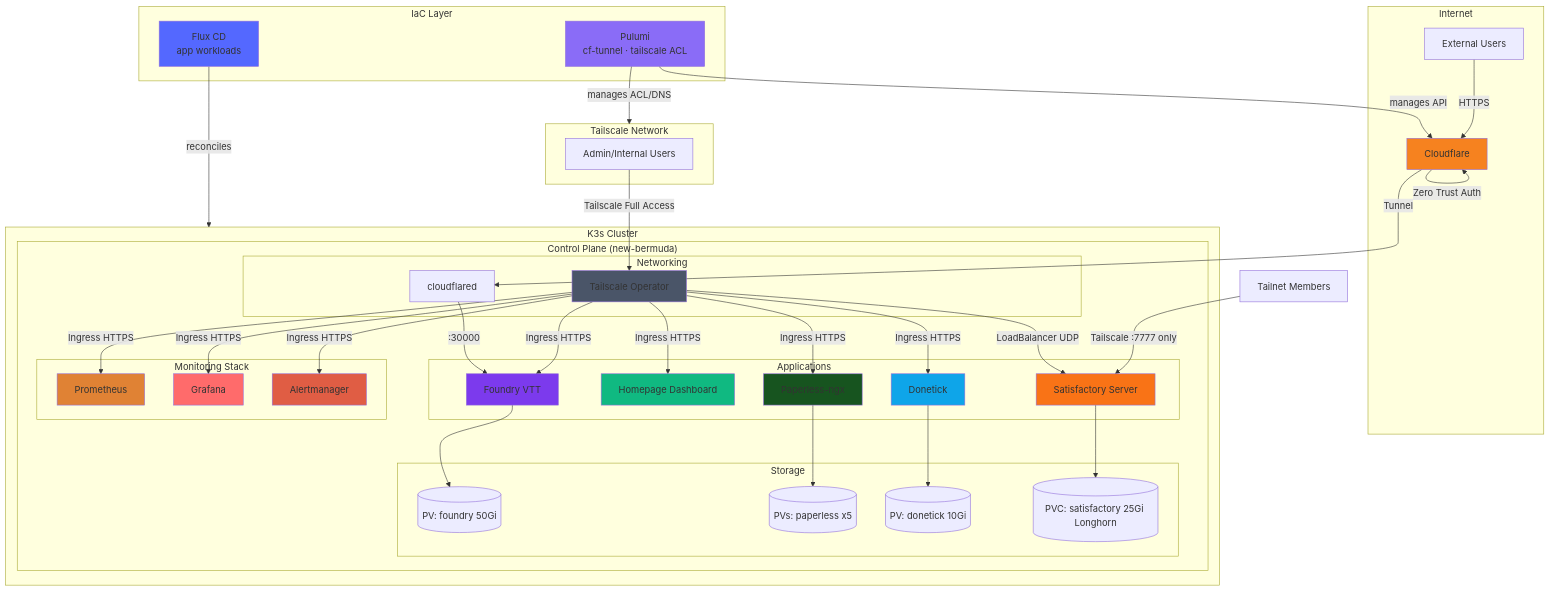
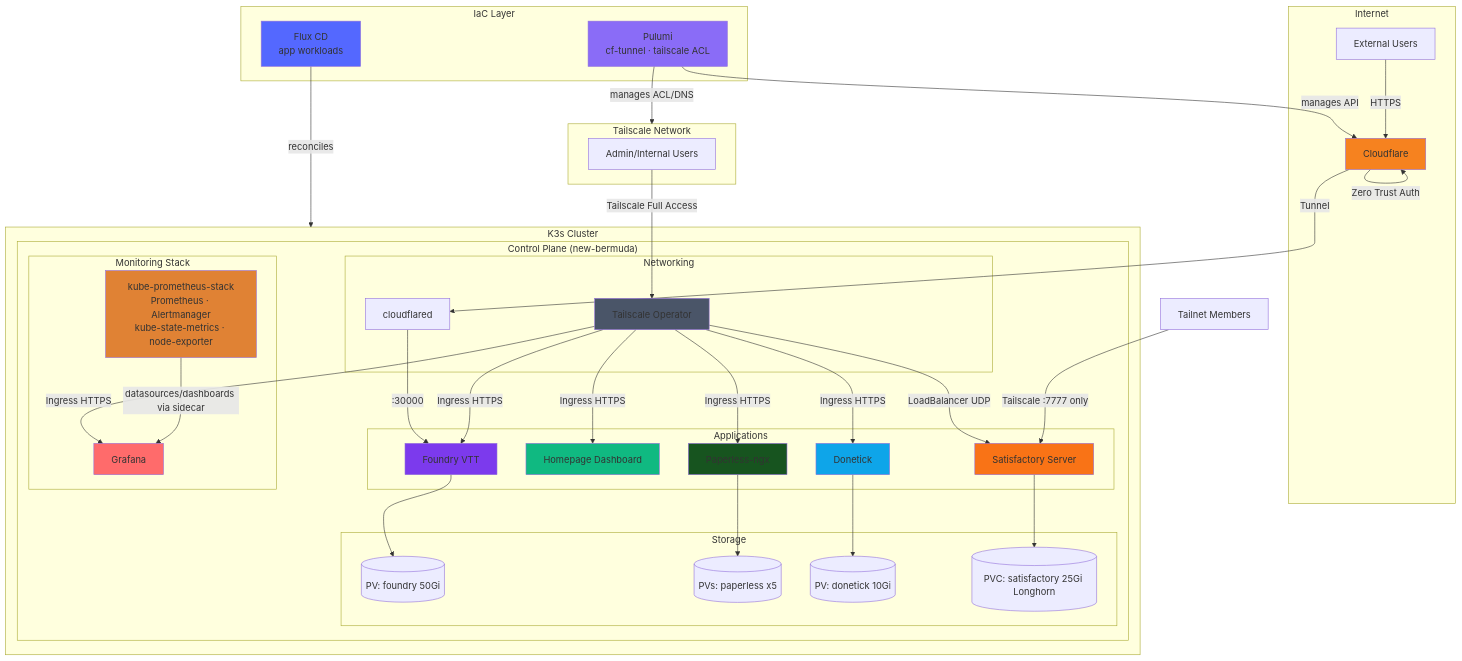
Before and after one commit to weakphish/home-operations: the diagram in README.md, drawn with Mermaid. The commit also changed 1 other file, not shown here.

Commit message:
Update CLAUDE.md and README for monitoring stack changes
Reflect replacement of prometheus/loki/k8s-monitoring with
kube-prometheus-stack, and grafana-community chart for Grafana.

````diff
--- a/README.md
+++ b/README.md
@@ -44,9 +44,8 @@
             end
 
             subgraph Monitoring[Monitoring Stack]
-                Prometheus[Prometheus]
+                KPS[kube-prometheus-stack\nPrometheus · Alertmanager\nkube-state-metrics · node-exporter]
                 Grafana[Grafana]
-                Alertmanager[Alertmanager]
             end
 
             subgraph Storage
@@ -73,8 +72,7 @@
     TSOperator -->|Ingress HTTPS| Paperless
     TSOperator -->|Ingress HTTPS| Donetick
     TSOperator -->|Ingress HTTPS| Grafana
-    TSOperator -->|Ingress HTTPS| Prometheus
-    TSOperator -->|Ingress HTTPS| Alertmanager
+    KPS -->|datasources/dashboards via sidecar| Grafana
     TSOperator -->|LoadBalancer UDP| Satisfactory
 
     Members[Tailnet Members] -->|Tailscale :7777 only| Satisfactory
@@ -92,8 +90,7 @@
     style Homepage fill:#10b981
     style Satisfactory fill:#f97316
     style Grafana fill:#ff6b6b
-    style Prometheus fill:#e08234
-    style Alertmanager fill:#e05d44
+    style KPS fill:#e08234
     style Paperless fill:#17541f
     style Donetick fill:#0ea5e9
 ```
````
